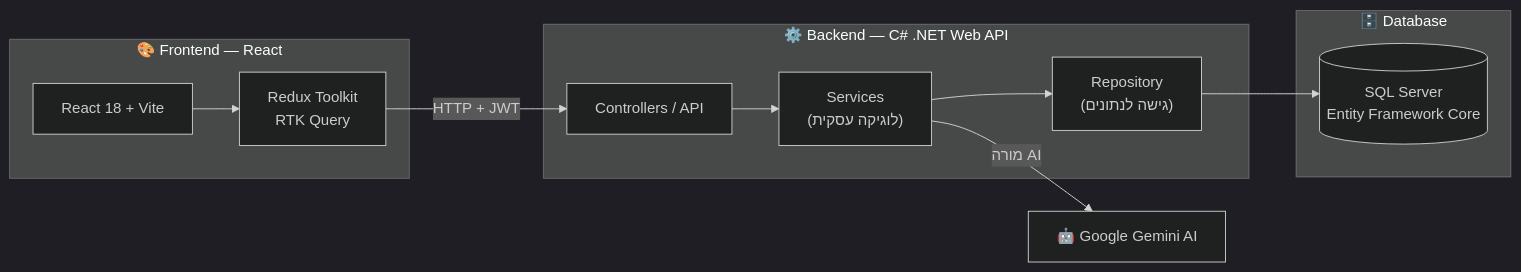
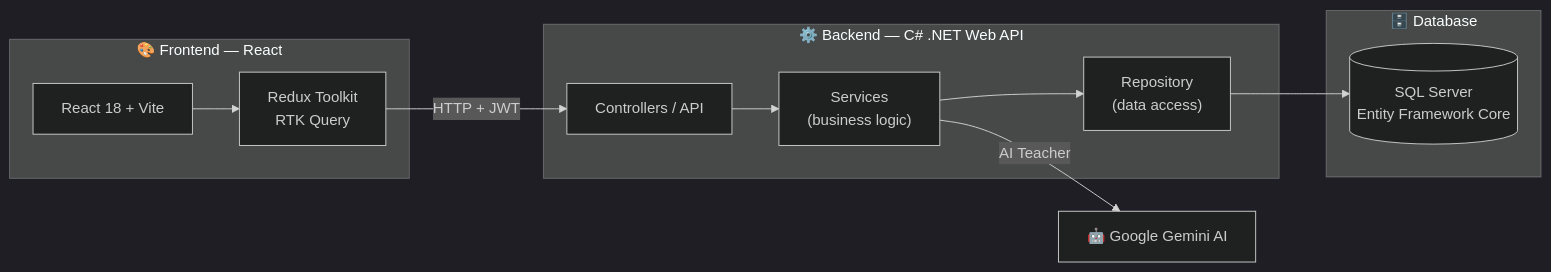
One commit to tehila4510/MyProject changed the first of 2 diagrams in README.md. Above: the diagram before and after it, drawn with Mermaid (dark theme). The commit also changed other lines of this file, not shown here.

````diff
--- a/README.md
+++ b/README.md
@@ -67,26 +67,26 @@
 ```mermaid
 flowchart LR
     subgraph Client["🎨 Frontend — React"]
         UI["React 18 + Vite"]
         RTK["Redux Toolkit<br/>RTK Query"]
     end
 
     subgraph Server["⚙️ Backend — C# .NET Web API"]
         API["Controllers / API"]
-        SVC["Services<br/>(לוגיקה עסקית)"]
-        REPO["Repository<br/>(גישה לנתונים)"]
+        SVC["Services<br/>(business logic)"]
+        REPO["Repository<br/>(data access)"]
     end
 
     subgraph Data["🗄️ Database"]
         DB[("SQL Server<br/>Entity Framework Core")]
     end
 
     AI["🤖 Google Gemini AI"]
 
     UI --> RTK
     RTK -->|"HTTP + JWT"| API
     API --> SVC
     SVC --> REPO
     REPO --> DB
-    SVC -->|"מורה AI"| AI
+    SVC -->|"AI Teacher"| AI
 ```
````
